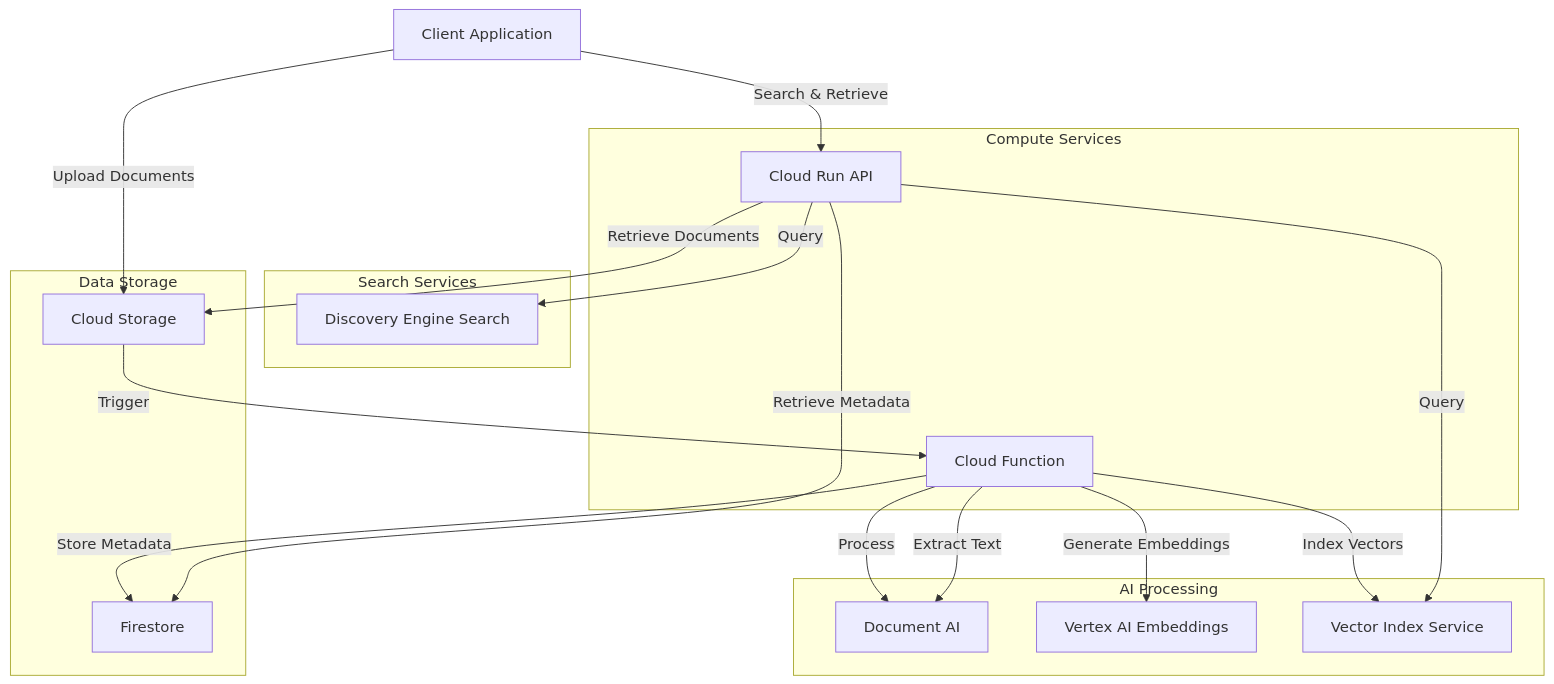
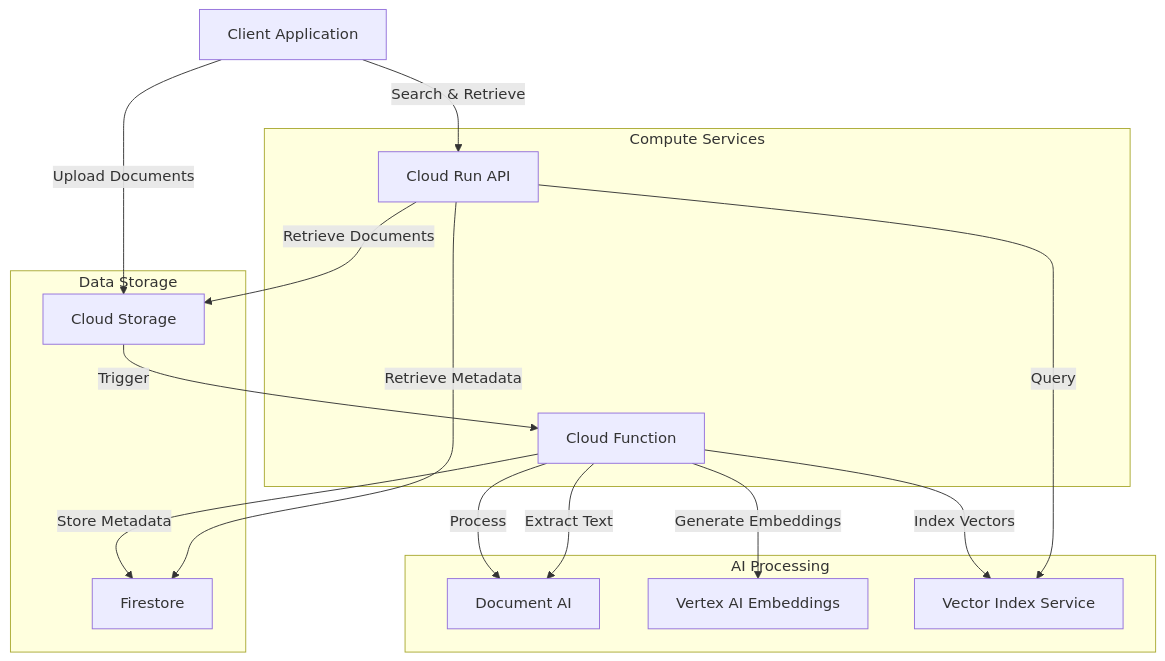
The diagram in deployment/terraform/README.md (bruj0/documesh), drawn with Mermaid before and after one commit. The commit also changed 7 other files, not shown here.

````diff
--- a/deployment/terraform/README.md
+++ b/deployment/terraform/README.md
@@ -17,37 +17,32 @@
 ```mermaid
 graph TD
     Client[Client Application] -->|Upload Documents| GCS[Cloud Storage]
     Client -->|Search & Retrieve| API[Cloud Run API]
     
     GCS -->|Trigger| CF[Cloud Function]
     CF -->|Process| DAI[Document AI]
     CF -->|Extract Text| DAI
     CF -->|Generate Embeddings| VAI[Vertex AI Embeddings]
     CF -->|Store Metadata| FS[Firestore]
     CF -->|Index Vectors| VIS[Vector Index Service]
     
-    API -->|Query| DES[Discovery Engine Search]
     API -->|Query| VIS
     API -->|Retrieve Metadata| FS
     API -->|Retrieve Documents| GCS
 
     subgraph "Data Storage"
         GCS
         FS
     end
     
     subgraph "AI Processing"
         DAI
         VAI
         VIS
     end
     
-    subgraph "Search Services"
-        DES
-    end
-    
     subgraph "Compute Services"
         CF
         API
     end
 ```
````
